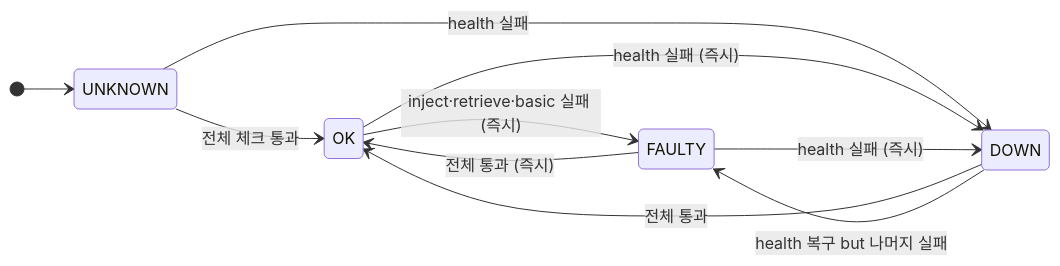
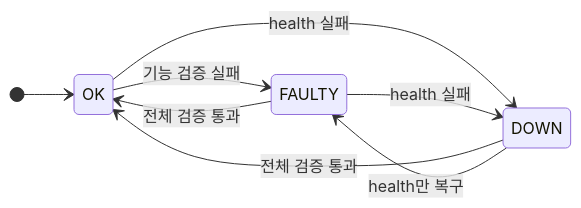
One commit to sane100400/livefire changed the seventh of 7 diagrams in README.md. Above: the diagram before and after it, drawn with Mermaid. The commit also changed other lines of this file and 1 other file, not shown here.

````diff
--- a/README.md
+++ b/README.md
@@ -106,13 +164,15 @@
 ```mermaid
 stateDiagram-v2
     direction LR
-    [*] --> UNKNOWN
-    UNKNOWN --> OK    : 전체 체크 통과
-    UNKNOWN --> DOWN  : health 실패
-    OK      --> FAULTY: inject·retrieve·basic 실패 (즉시)
-    OK      --> DOWN  : health 실패 (즉시)
-    FAULTY  --> OK    : 전체 통과 (즉시)
-    FAULTY  --> DOWN  : health 실패 (즉시)
-    DOWN    --> OK    : 전체 통과
-    DOWN    --> FAULTY: health 복구 but 나머지 실패
+    state "OK" as OK
+    state "FAULTY" as FAULTY
+    state "DOWN" as DOWN
+
+    [*] --> OK
+    OK --> FAULTY: 기능 검증 실패
+    OK --> DOWN: health 실패
+    FAULTY --> OK: 전체 검증 통과
+    FAULTY --> DOWN: health 실패
+    DOWN --> OK: 전체 검증 통과
+    DOWN --> FAULTY: health만 복구
 ```
````
